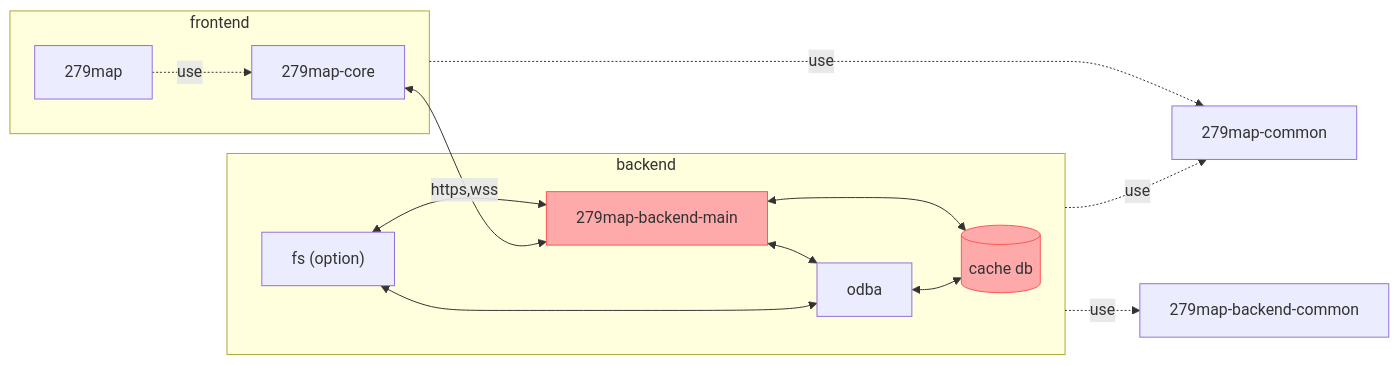
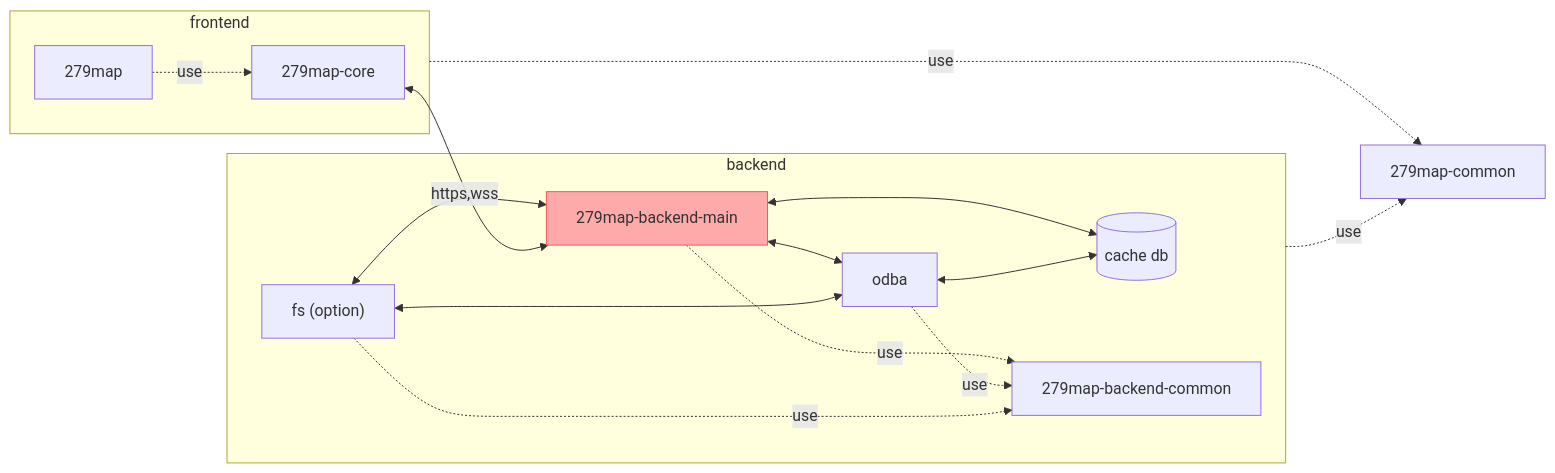
One commit to satocheeen/279map changed the diagram in README.md. Above: the diagram before and after it, drawn with Mermaid. The commit also changed 2 other files, not shown here.

Commit message:
初回アクセス時にセッションが確立しない問題の修正

````diff
--- a/README.md
+++ b/README.md
@@ -5,23 +5,25 @@
 ```mermaid
 flowchart LR
 	279map-common
 	subgraph frontend
 		279map-core
 		279map -. use .-> 279map-core
 	end
 	subgraph backend
 		db[("cache db")]
+		279map-backend-common
 		279map-backend-main <--> odba
 		279map-backend-main <--> db
 		odba <--> db
 		fs["fs (option)"] <--> 279map-backend-main
 		fs <--> odba
+		279map-backend-main -. use .-> 279map-backend-common
+		odba -. use .-> 279map-backend-common
+		fs -. use .-> 279map-backend-common
 	end
 	frontend -. use .-> 279map-common
 	backend -. use .-> 279map-common
-	backend -. use .-> 279map-backend-common
 	279map-core <-- https,wss --> 279map-backend-main
 
     style 279map-backend-main fill:#faa, stroke:#f55
-    style db fill:#faa, stroke:#f55
 ```
````
